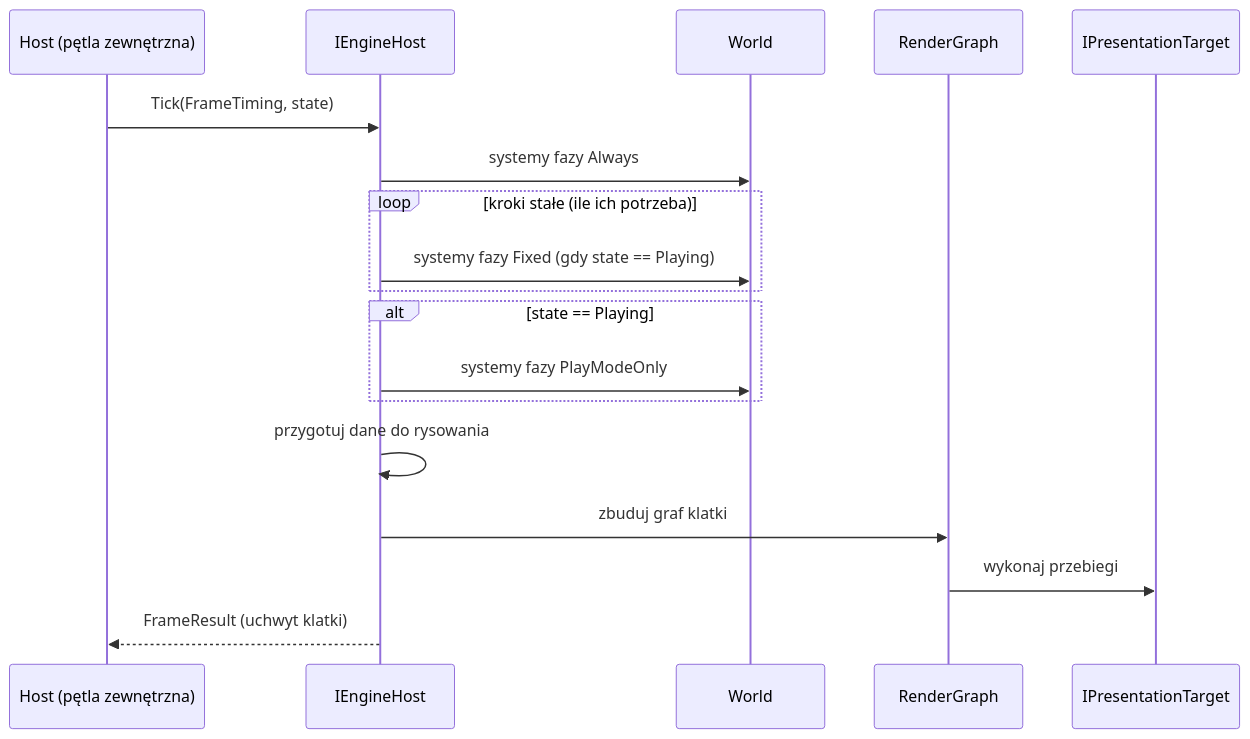
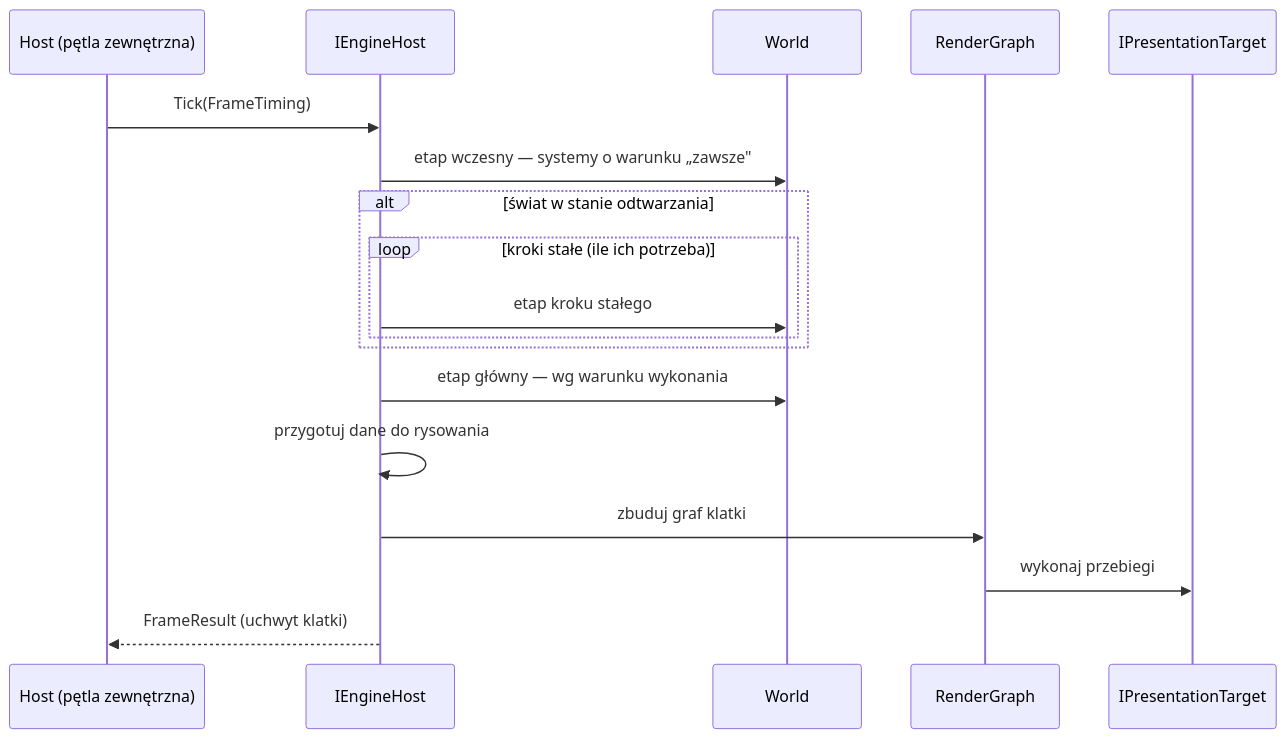
Before and after one commit to eXoz00rd/HEngine: the fourth of 11 diagrams in docs/TARGET_ARCHITECTURE.md, drawn with Mermaid. The commit also changed other lines of this file and 1 other file, not shown here.

First line of the commit message:
Add change observation, allocation contract and schema evolution to the target architecture

````diff
--- a/docs/TARGET_ARCHITECTURE.md
+++ b/docs/TARGET_ARCHITECTURE.md
@@ -343,21 +349,21 @@
 ```mermaid
 sequenceDiagram
     participant H as Host (pętla zewnętrzna)
     participant E as IEngineHost
     participant W as World
     participant R as RenderGraph
     participant P as IPresentationTarget
 
-    H->>E: Tick(FrameTiming, state)
-    E->>W: systemy fazy Always
-    loop kroki stałe (ile ich potrzeba)
-        E->>W: systemy fazy Fixed (gdy state == Playing)
+    H->>E: Tick(FrameTiming)
+    E->>W: etap wczesny — systemy o warunku „zawsze"
+    alt świat w stanie odtwarzania
+        loop kroki stałe (ile ich potrzeba)
+            E->>W: etap kroku stałego
+        end
     end
-    alt state == Playing
-        E->>W: systemy fazy PlayModeOnly
-    end
+    E->>W: etap główny — wg warunku wykonania
     E->>E: przygotuj dane do rysowania
     E->>R: zbuduj graf klatki
     R->>P: wykonaj przebiegi
     E-->>H: FrameResult (uchwyt klatki)
 ```
````
